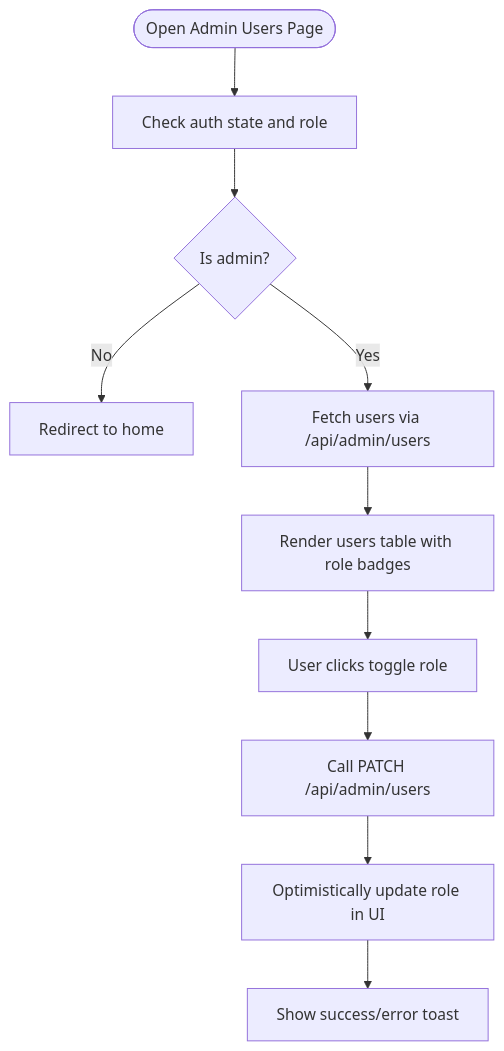
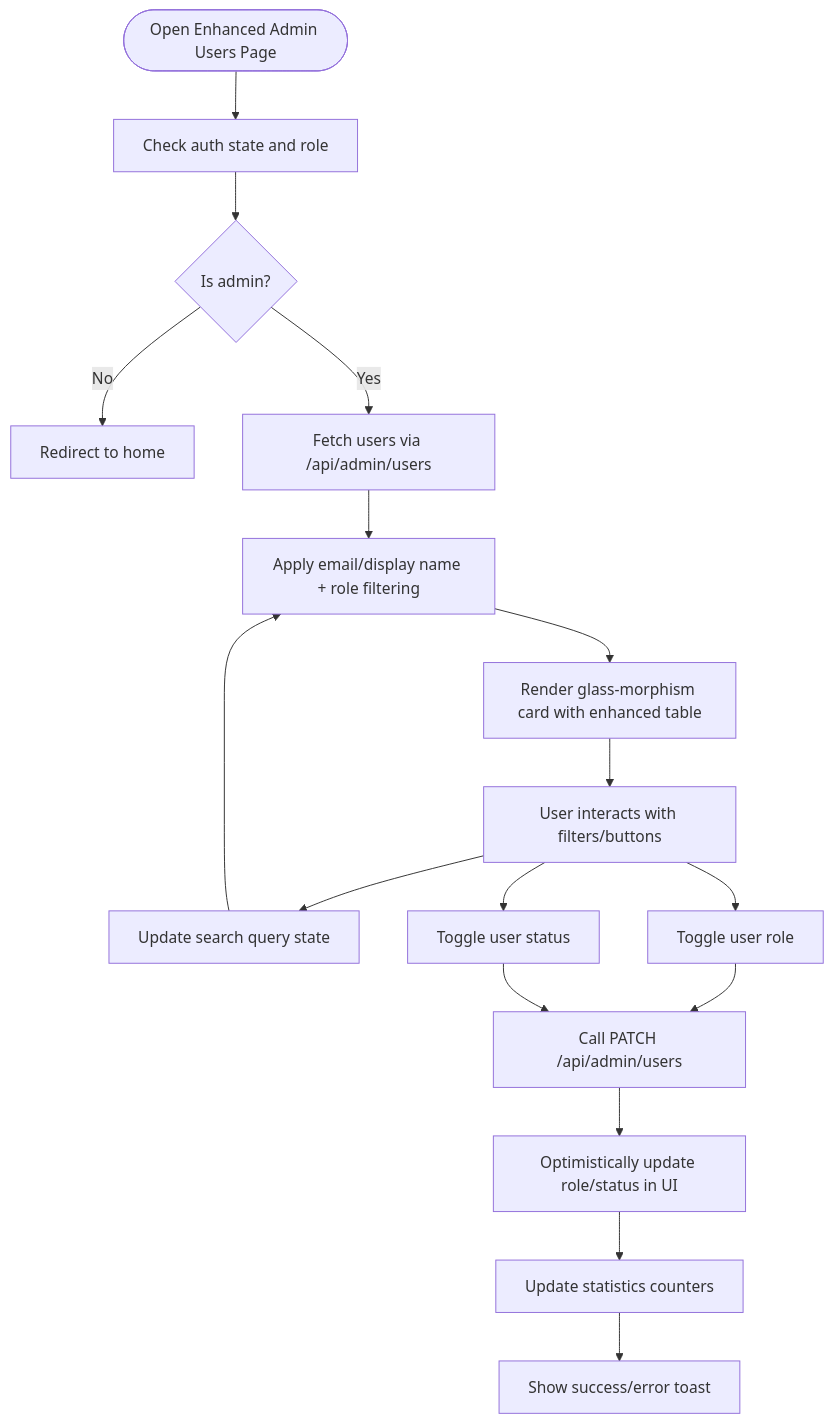
The third of 6 diagrams in .qoder/repowiki/en/content/Admin Panel/User Administration System.md (alikizang/datafrica), drawn with Mermaid before and after one commit. The commit also changed other lines of this file and 21 other files, not shown here.

````diff
--- a/.qoder/repowiki/en/content/Admin Panel/User Administration System.md
+++ b/.qoder/repowiki/en/content/Admin Panel/User Administration System.md
@@ -174,12 +218,19 @@
 ```mermaid
 flowchart TD
-Start(["Open Admin Users Page"]) --> CheckAuth["Check auth state and role"]
+Start(["Open Enhanced Admin Users Page"]) --> CheckAuth["Check auth state and role"]
 CheckAuth --> IsAdmin{"Is admin?"}
 IsAdmin --> |No| Redirect["Redirect to home"]
 IsAdmin --> |Yes| Fetch["Fetch users via /api/admin/users"]
-Fetch --> Render["Render users table with role badges"]
-Render --> Toggle["User clicks toggle role"]
-Toggle --> CallAPI["Call PATCH /api/admin/users"]
-CallAPI --> UpdateUI["Optimistically update role in UI"]
-UpdateUI --> Toast["Show success/error toast"]
+Fetch --> Filter["Apply email/display name + role filtering"]
+Filter --> Render["Render glass-morphism card with enhanced table"]
+Render --> Interact["User interacts with filters/buttons"]
+Interact --> Search["Update search query state"]
+Interact --> RoleToggle["Toggle user role"]
+Interact --> StatusToggle["Toggle user status"]
+Search --> Filter
+RoleToggle --> CallAPI["Call PATCH /api/admin/users"]
+StatusToggle --> CallAPI
+CallAPI --> UpdateUI["Optimistically update role/status in UI"]
+UpdateUI --> Stats["Update statistics counters"]
+Stats --> Toast["Show success/error toast"]
 ```
````
